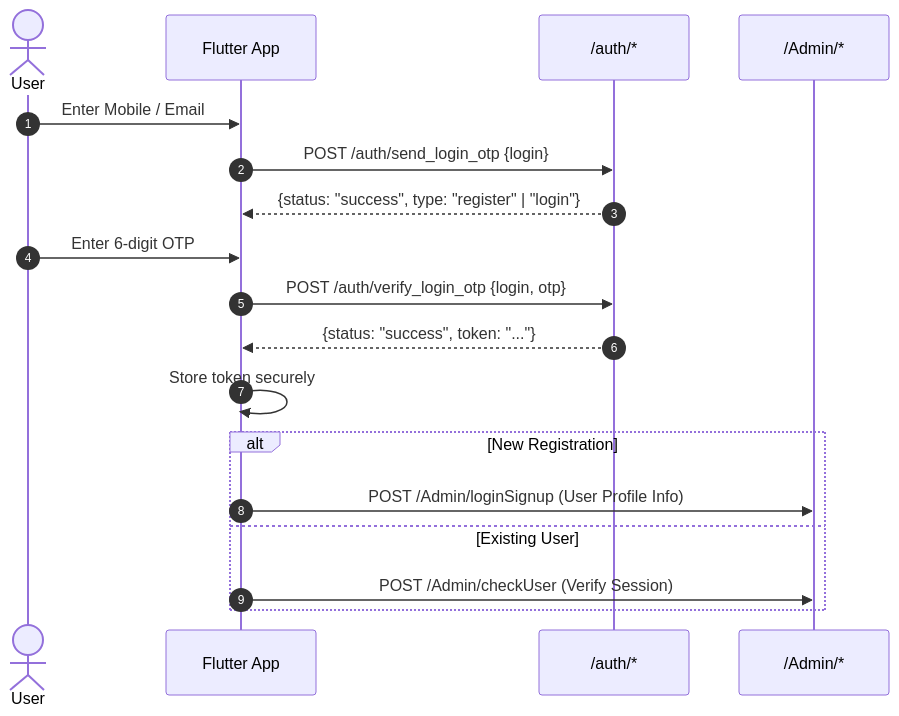
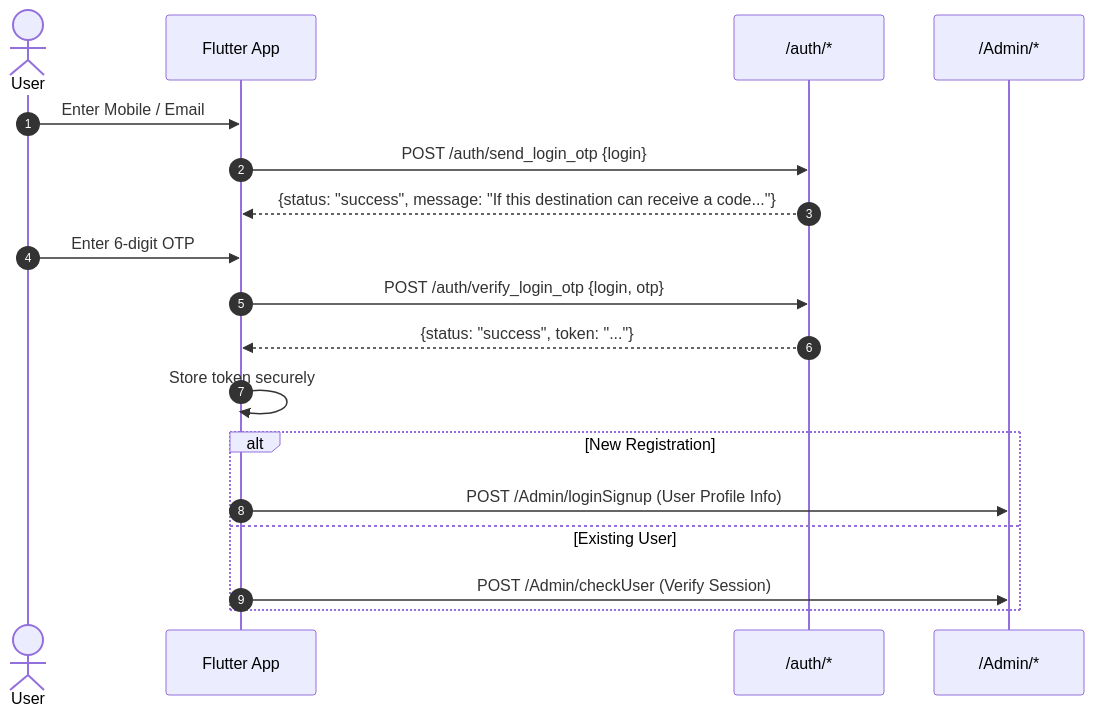
Before and after one commit to sunil2037/dr-hair: the diagram in API_DOCUMENTATION.md, drawn with Mermaid. The commit also changed other lines of this file and 21 other files, not shown here.

````diff
--- a/API_DOCUMENTATION.md
+++ b/API_DOCUMENTATION.md
@@ -51,23 +54,23 @@
 ```mermaid
 sequenceDiagram
     autonumber
     actor User
     participant App as Flutter App
     participant AuthAPI as /auth/*
     participant AdminAPI as /Admin/*
 
     User->>App: Enter Mobile / Email
     App->>AuthAPI: POST /auth/send_login_otp {login}
-    AuthAPI-->>App: {status: "success", type: "register" | "login"}
+    AuthAPI-->>App: {status: "success", message: "If this destination can receive a code..."}
 
     User->>App: Enter 6-digit OTP
     App->>AuthAPI: POST /auth/verify_login_otp {login, otp}
     AuthAPI-->>App: {status: "success", token: "..."}
     App->>App: Store token securely
 
     alt New Registration
         App->>AdminAPI: POST /Admin/loginSignup (User Profile Info)
     else Existing User
         App->>AdminAPI: POST /Admin/checkUser (Verify Session)
     end
 ```
````
